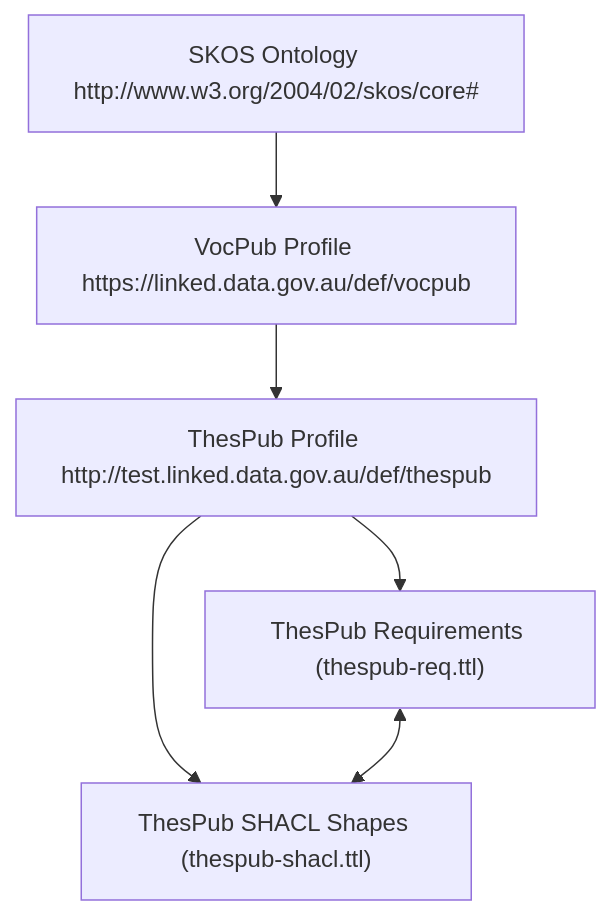
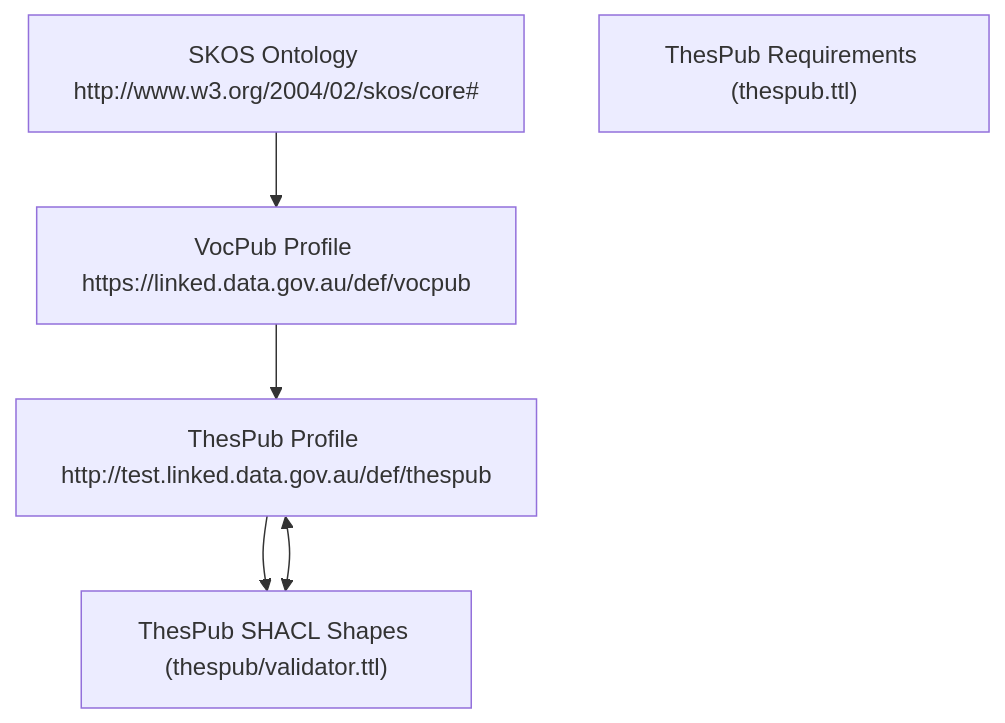
The diagram in README.md (leskneebone/thespub), drawn with Mermaid before and after one commit.

````diff
--- a/README.md
+++ b/README.md
@@ -20,18 +20,17 @@
 ```mermaid
 graph TD
 
 SKOS["SKOS Ontology http://www.w3.org/2004/02/skos/core#"]
 VOC["VocPub Profile https://linked.data.gov.au/def/vocpub"]
 THES["ThesPub Profile http://test.linked.data.gov.au/def/thespub"]
 
-REQ["ThesPub Requirements (thespub-req.ttl)"]
-SHACL["ThesPub SHACL Shapes (thespub-shacl.ttl)"]
+REQ["ThesPub Requirements (thespub.ttl)"]
+SHACL["ThesPub SHACL Shapes (thespub/validator.ttl)"]
 
 SKOS --> VOC
 VOC --> THES
 
-THES --> REQ
 THES --> SHACL
 
-REQ <--> SHACL
+THES <--> SHACL
 ```
````
